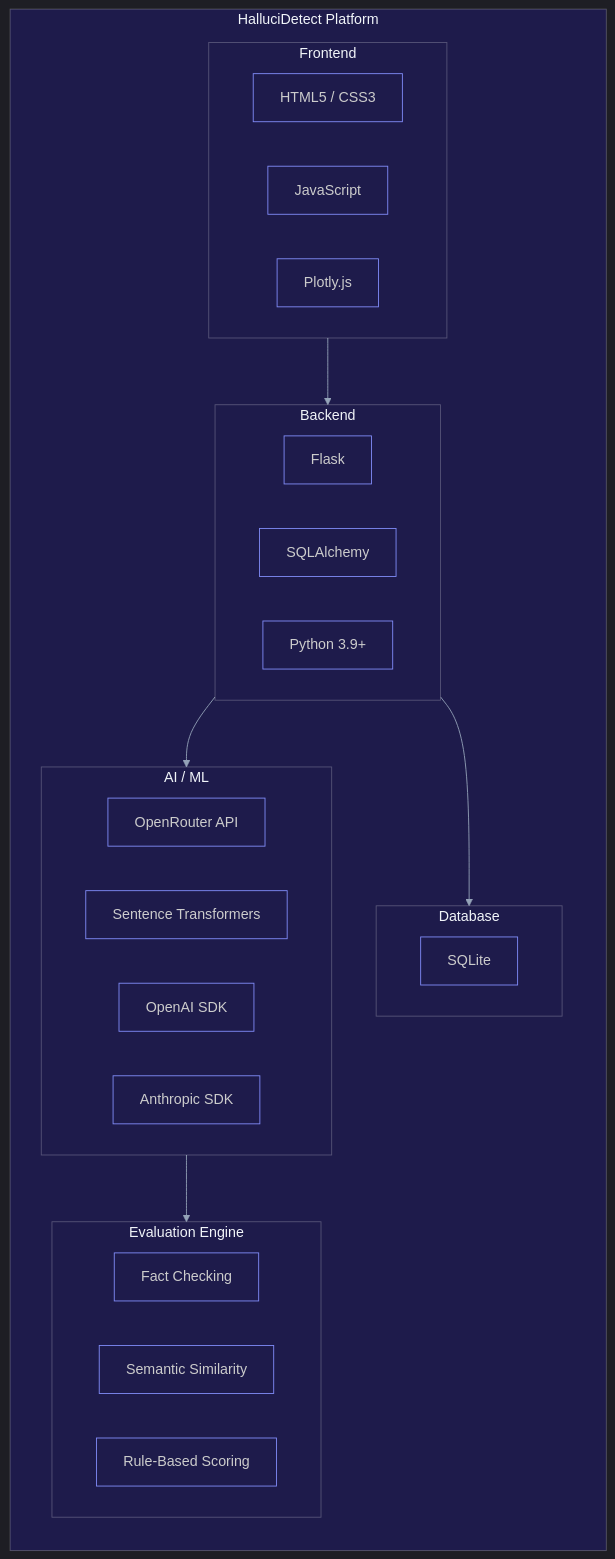
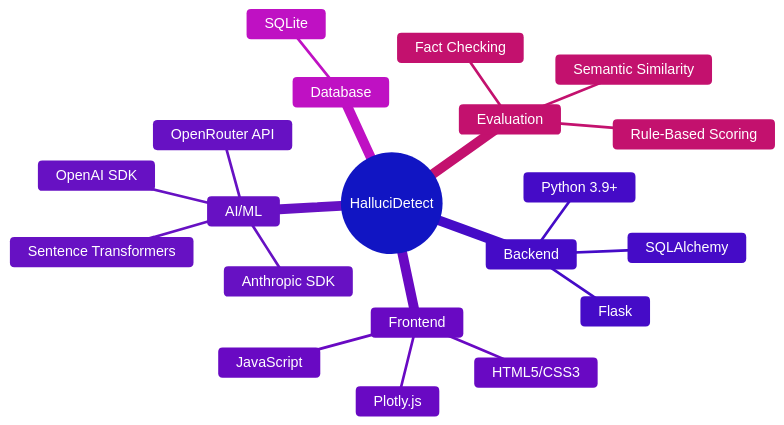
Before and after one commit to rishi02102017/HalluciDetect: the eighth of 8 diagrams in README.md, drawn with Mermaid.

Commit message:
Fix mindmap colors - white text on purple backgrounds for visibility

````diff
--- a/README.md
+++ b/README.md
@@ -369,41 +369,24 @@
 ```mermaid
-%%{init: {'theme': 'dark', 'themeVariables': { 'primaryColor': '#6366f1', 'primaryTextColor': '#ffffff', 'primaryBorderColor': '#818cf8', 'lineColor': '#94a3b8', 'secondaryColor': '#1e1b4b', 'tertiaryColor': '#312e81', 'background': '#0f172a', 'mainBkg': '#1e1b4b', 'nodeBorder': '#818cf8', 'clusterBkg': '#1e1b4b', 'titleColor': '#f1f5f9', 'edgeLabelBackground': '#1e1b4b'}}}%%
-flowchart TB
-    subgraph Core[" HalluciDetect Platform"]
-        direction TB
-        
-        subgraph BE["Backend"]
-            BE1[Flask]
-            BE2[SQLAlchemy]
-            BE3[Python 3.9+]
-        end
-        
-        subgraph FE["Frontend"]
-            FE1[HTML5 / CSS3]
-            FE2[JavaScript]
-            FE3[Plotly.js]
-        end
-        
-        subgraph AI["AI / ML"]
-            AI1[OpenRouter API]
-            AI2[Sentence Transformers]
-            AI3[OpenAI SDK]
-            AI4[Anthropic SDK]
-        end
-        
-        subgraph DB["Database"]
-            DB1[SQLite]
-        end
-        
-        subgraph EV["Evaluation Engine"]
-            EV1[Fact Checking]
-            EV2[Semantic Similarity]
-            EV3[Rule-Based Scoring]
-        end
-    end
-    
-    BE --> AI
-    BE --> DB
-    FE --> BE
-    AI --> EV
+%%{init: {'theme': 'base', 'themeVariables': { 'primaryColor': '#6366f1', 'primaryTextColor': '#fff', 'primaryBorderColor': '#818cf8', 'secondaryColor': '#8b5cf6', 'secondaryTextColor': '#fff', 'tertiaryColor': '#a855f7', 'tertiaryTextColor': '#fff', 'lineColor': '#94a3b8', 'textColor': '#fff'}}}%%
+mindmap
+    root((HalluciDetect))
+        Backend
+            Flask
+            SQLAlchemy
+            Python 3.9+
+        Frontend
+            HTML5/CSS3
+            JavaScript
+            Plotly.js
+        AI/ML
+            OpenRouter API
+            Sentence Transformers
+            OpenAI SDK
+            Anthropic SDK
+        Database
+            SQLite
+        Evaluation
+            Fact Checking
+            Semantic Similarity
+            Rule-Based Scoring
 ```
````
